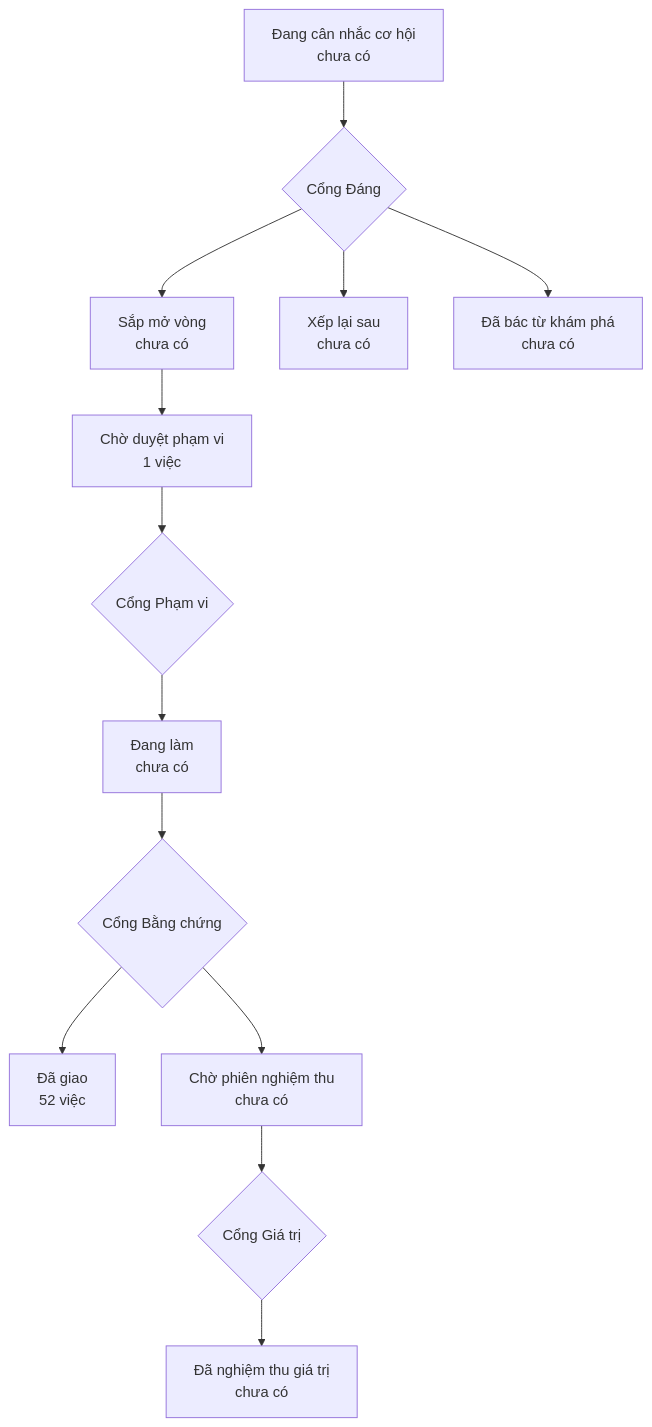
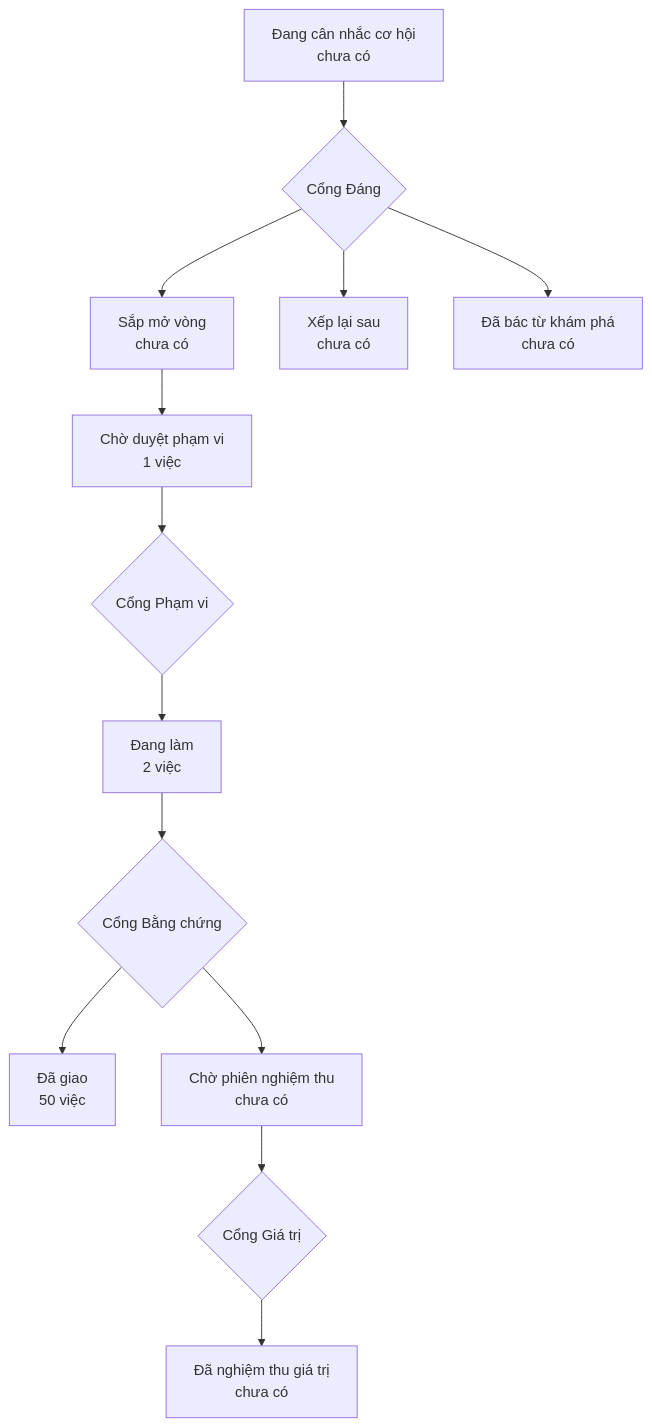
Before and after one commit to phanlemanh/acceptance-gate-kit: the diagram in PRODUCT-MAP.md, drawn with Mermaid. The commit also changed other lines of this file and 12 other files, not shown here.

````diff
--- a/PRODUCT-MAP.md
+++ b/PRODUCT-MAP.md
@@ -6,12 +6,12 @@
 ```mermaid
 flowchart TD
   A["Đang cân nhắc cơ hội<br/>chưa có"] --> GD{"Cổng Đáng"}
   GD --> B["Sắp mở vòng<br/>chưa có"]
   GD --> XL["Xếp lại sau<br/>chưa có"]
   GD --> DB["Đã bác từ khám phá<br/>chưa có"]
   B --> CD["Chờ duyệt phạm vi<br/>1 việc"] --> GP{"Cổng Phạm vi"}
-  GP --> DL["Đang làm<br/>chưa có"] --> GB{"Cổng Bằng chứng"}
-  GB --> DG["Đã giao<br/>52 việc"]
+  GP --> DL["Đang làm<br/>2 việc"] --> GB{"Cổng Bằng chứng"}
+  GB --> DG["Đã giao<br/>50 việc"]
   GB --> CN["Chờ phiên nghiệm thu<br/>chưa có"] --> GG{"Cổng Giá trị"}
   GG --> NT["Đã nghiệm thu giá trị<br/>chưa có"]
 ```
````
